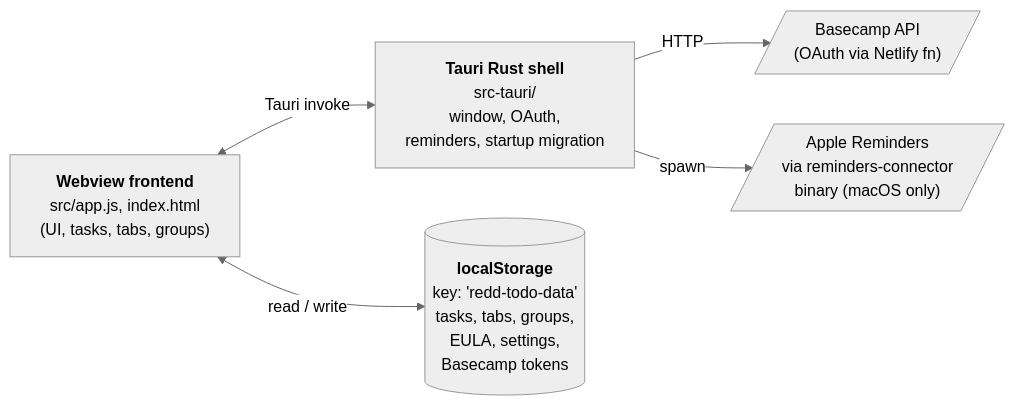
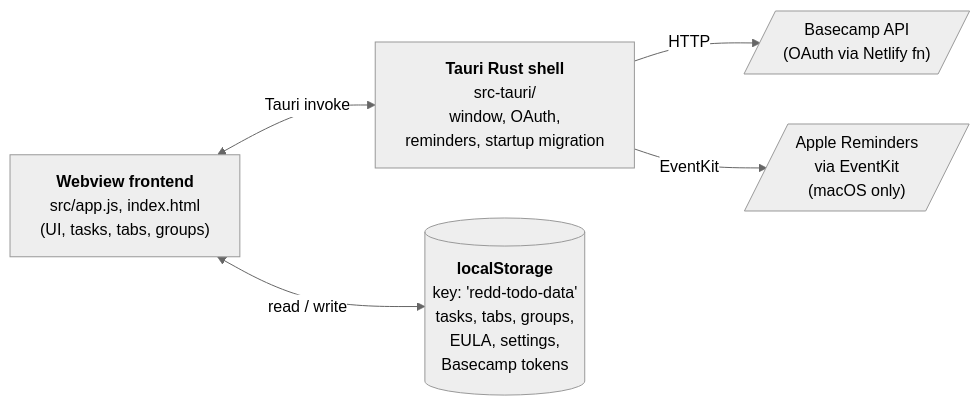
Before and after one commit to ulyngs/digital-habits-to-do: the diagram in README.md, drawn with Mermaid (neutral theme). The commit also changed 4 other files, not shown here.

First line of the commit message:
fix(Reminders): use EventKit for both debug and release builds

````diff
--- a/README.md
+++ b/README.md
@@ -140,15 +140,15 @@
 ```mermaid
 flowchart LR
     UI["<b>Webview frontend</b><br/>src/app.js, index.html<br/>(UI, tasks, tabs, groups)"]
     Rust["<b>Tauri Rust shell</b><br/>src-tauri/<br/>window, OAuth,<br/>reminders, startup migration"]
 
     LS[("<b>localStorage</b><br/>key: 'redd-todo-data'<br/>tasks, tabs, groups,<br/>EULA, settings,<br/>Basecamp tokens")]
 
     BC[/"Basecamp API<br/>(OAuth via Netlify fn)"/]
-    AR[/"Apple Reminders<br/>via reminders-connector<br/>binary (macOS only)"/]
+    AR[/"Apple Reminders<br/>via EventKit<br/>(macOS only)"/]
 
     UI <-->|"Tauri invoke"| Rust
     UI <-->|"read / write"| LS
     Rust -->|"HTTP"| BC
-    Rust -->|"spawn"| AR
+    Rust -->|"EventKit"| AR
 ```
````
